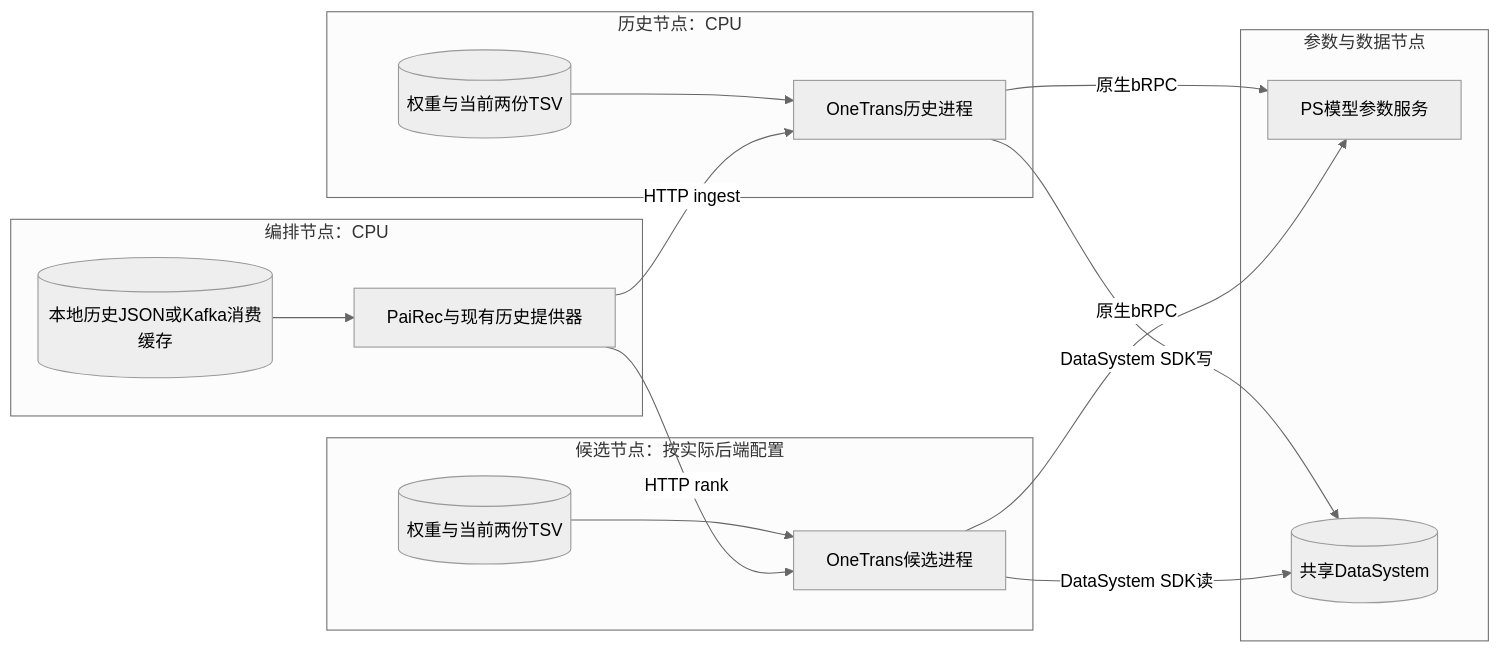
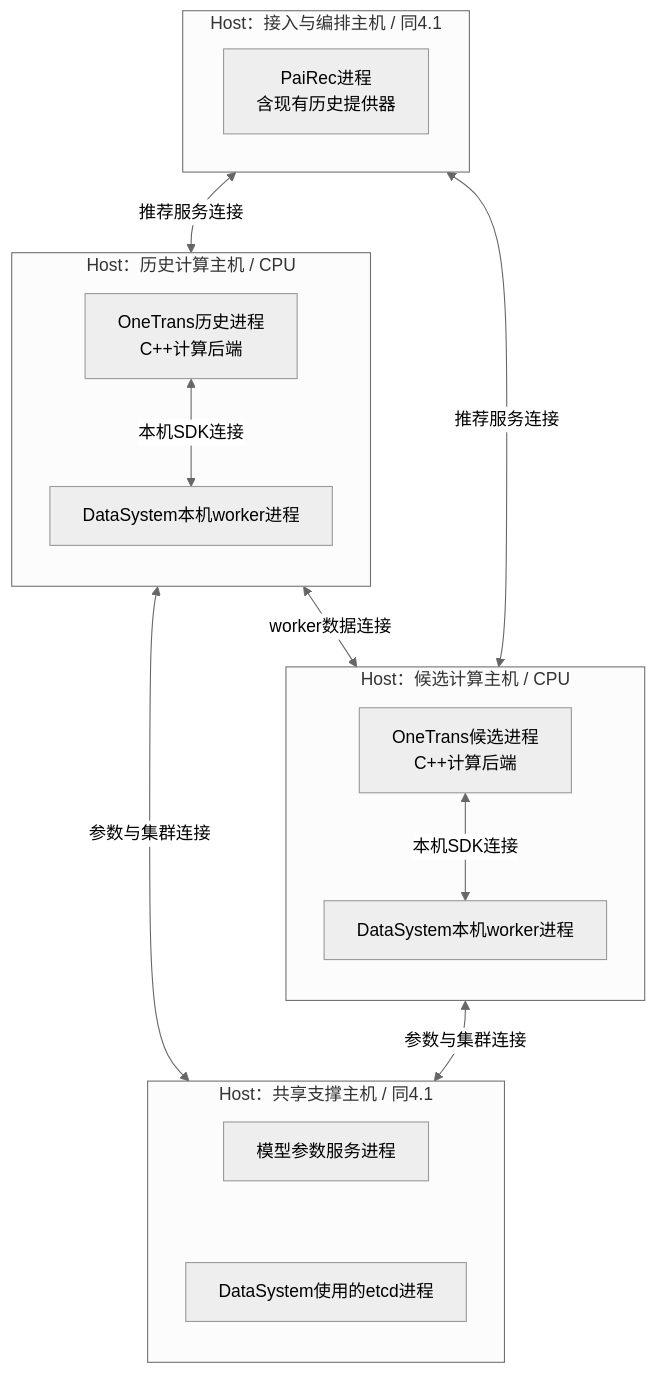
One commit to bitianyuan123/docs changed the diagram in diagrams/01_system_07.mmd. Above: the diagram before and after it, drawn with Mermaid (neutral theme). The commit also changed 74 other files, not shown here.

```diff
--- a/diagrams/01_system_07.mmd
+++ b/diagrams/01_system_07.mmd
@@ -1,26 +1,27 @@
-flowchart LR
-    subgraph App[编排节点：CPU]
-        P[PaiRec与现有历史提供器]
-        J[(本地历史JSON或Kafka消费缓存)]
-        J --> P
+flowchart TB
+    subgraph AppHost[Host：接入与编排主机 / 同4.1]
+        P[PaiRec进程<br/>含现有历史提供器]
     end
-    subgraph Hist[历史节点：CPU]
-        H[OneTrans历史进程]
-        HF[(权重与当前两份TSV)]
-        HF --> H
+    subgraph HistoryHost[Host：历史计算主机 / CPU]
+        direction TB
+        H[OneTrans历史进程<br/>C++计算后端]
+        HW[DataSystem本机worker进程]
+        H <-->|本机SDK连接| HW
     end
-    subgraph Rank[候选节点：按实际后端配置]
-        D[OneTrans候选进程]
-        DF[(权重与当前两份TSV)]
-        DF --> D
+    subgraph RankHost[Host：候选计算主机 / CPU]
+        direction TB
+        D[OneTrans候选进程<br/>C++计算后端]
+        DW[DataSystem本机worker进程]
+        D <-->|本机SDK连接| DW
     end
-    subgraph State[参数与数据节点]
-        PS[PS模型参数服务]
-        K[(共享DataSystem)]
+    subgraph SharedHost[Host：共享支撑主机 / 同4.1]
+        direction TB
+        PS[模型参数服务进程]
+        E[DataSystem使用的etcd进程]
+        PS ~~~ E
     end
-    P -->|HTTP ingest| H
-    P -->|HTTP rank| D
-    H -->|原生bRPC| PS
-    D -->|原生bRPC| PS
-    H -->|DataSystem SDK写| K
-    D -->|DataSystem SDK读| K
+    AppHost <-->|推荐服务连接| HistoryHost
+    AppHost <-->|推荐服务连接| RankHost
+    HistoryHost <-->|参数与集群连接| SharedHost
+    RankHost <-->|参数与集群连接| SharedHost
+    HistoryHost <-->|worker数据连接| RankHost
```
